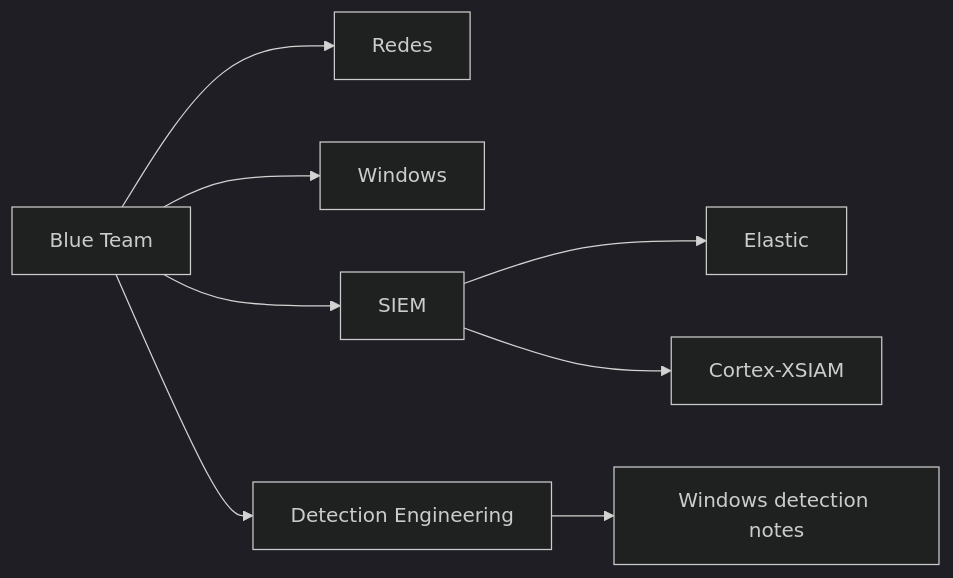
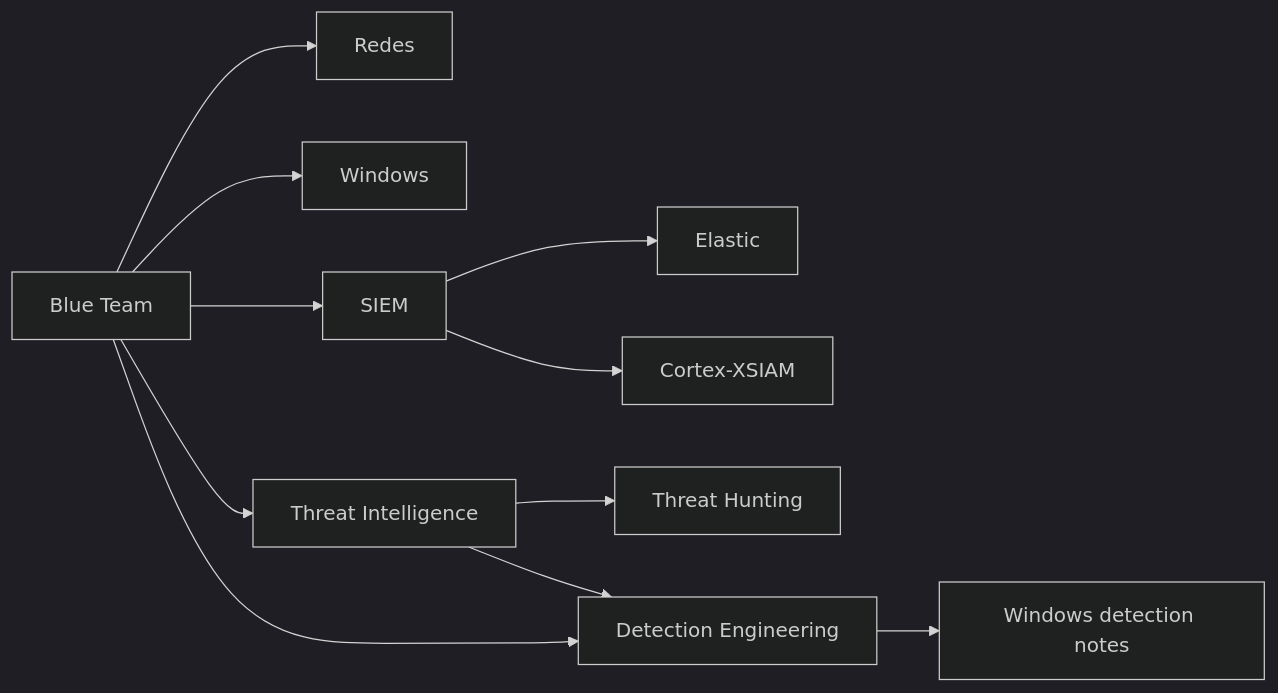
One commit to Serch1102/nucleo-tecnico changed the diagram in Blue-Team/Blue-Team.md. Above: the diagram before and after it, drawn with Mermaid (dark theme). The commit also changed other lines of this file and 4 other files, not shown here.

Commit message:
documentación: añade fundamentos de threat intelligence

````diff
--- a/Blue-Team/Blue-Team.md
+++ b/Blue-Team/Blue-Team.md
@@ -16,10 +17,13 @@
 ```mermaid
 flowchart LR
   BT["Blue Team"] --> Redes["Redes"]
   BT --> Windows["Windows"]
   BT --> SIEM["SIEM"]
+  BT --> CTI["Threat Intelligence"]
   BT --> DE["Detection Engineering"]
   SIEM --> Elastic["Elastic"]
   SIEM --> XSIAM["Cortex-XSIAM"]
+  CTI --> Hunt["Threat Hunting"]
+  CTI --> DE
   DE --> WindowsDE["Windows detection notes"]
 ```
````
